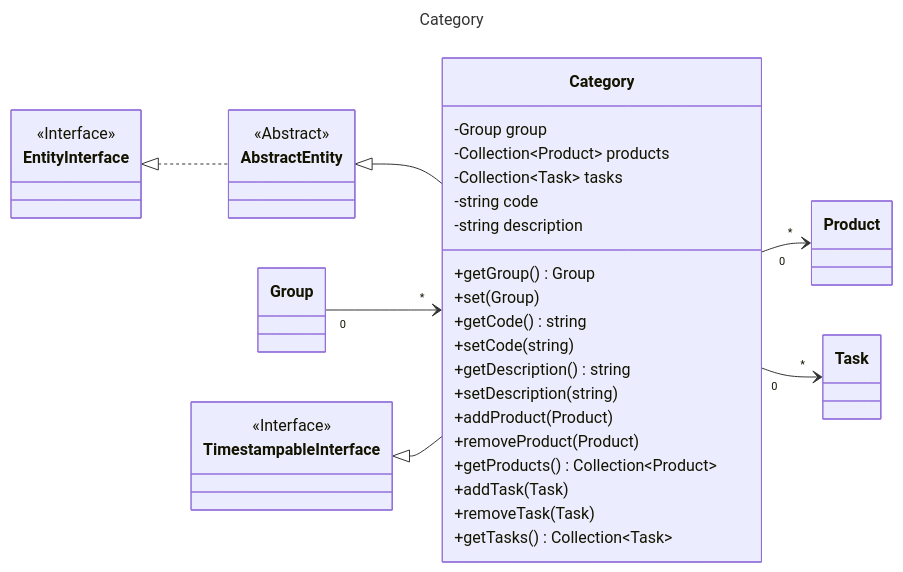
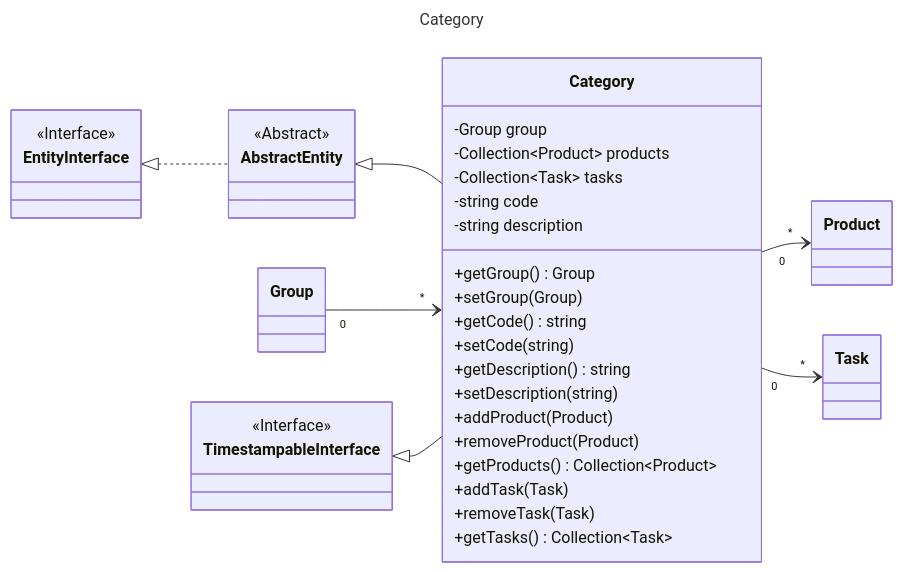
One commit to laurentmuller/calculation changed the diagram in resources/diagrams/category.mmd. Above: the diagram before and after it, drawn with Mermaid. The commit also changed 9 other files, not shown here.

```diff
--- a/resources/diagrams/category.mmd
+++ b/resources/diagrams/category.mmd
@@ -1,50 +1,50 @@
 ---
 title: Category
 ---
 classDiagram
     direction LR
 
     class Category {
         -Group group
         -Collection~Product~ products
         -Collection~Task~ tasks
         -string code
         -string description
         +getGroup() Group
-        +set(Group)
+        +setGroup(Group)
         +getCode() string
         +setCode(string)
         +getDescription() string
         +setDescription(string)
         +addProduct(Product)
         +removeProduct(Product)
         +getProducts() Collection~Product~
         +addTask(Task)
         +removeTask(Task)
         +getTasks() Collection~Task~
     }
 
     class AbstractEntity {
         <<Abstract>>
     }
     class EntityInterface {
         <<Interface>>
     }
 
     class TimestampableInterface {
         <<Interface>>
     }
 
     EntityInterface <|.. AbstractEntity
     AbstractEntity <|-- Category
     Group "0" --> "*" Category
     Category "0" --> "*" Product
     Category "0" --> "*" Task
     TimestampableInterface <|-- Category
 
     click EntityInterface call nodeCallback()
     click AbstractEntity call nodeCallback()
     click Group call nodeCallback()
     click Product call nodeCallback()
     click Task call nodeCallback()
     click TimestampableInterface call nodeCallback()
```
